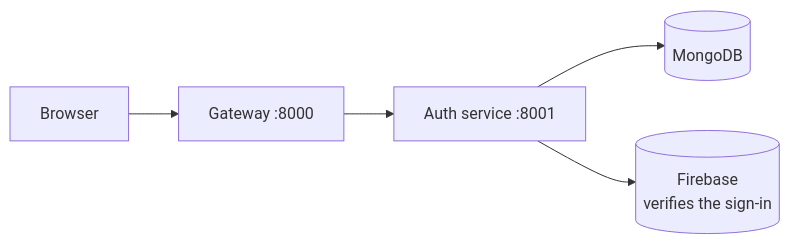
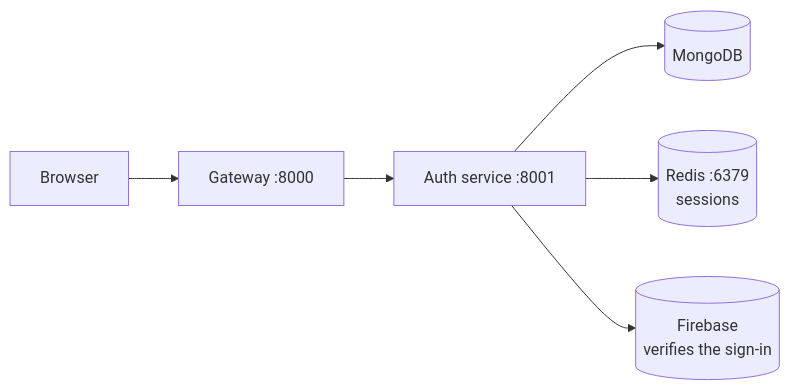
One commit to yamanhassan1/NexPulse changed the diagram in docs/README.md. Above: the diagram before and after it, drawn with Mermaid. The commit also changed other lines of this file and 14 other files, not shown here.

````diff
--- a/docs/README.md
+++ b/docs/README.md
@@ -17,7 +18,8 @@
 ```mermaid
 flowchart LR
     B[Browser] --> G["Gateway :8000"]
     G --> A["Auth service :8001"]
     A --> M[("MongoDB")]
+    A --> R[("Redis :6379<br>sessions")]
     A --> F[("Firebase<br>verifies the sign-in")]
 ```
````
